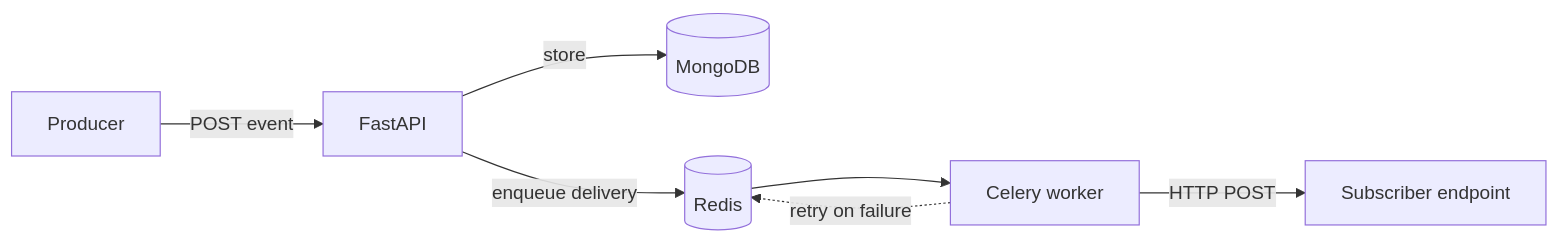
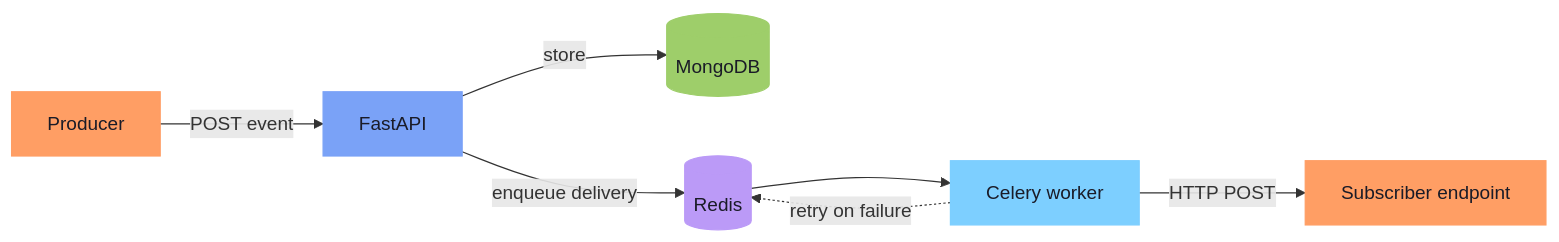
The diagram in README.md (PramodDixit2003/PramodDixit2003), drawn with Mermaid before and after one commit. The commit also changed other lines of this file, not shown here.

````diff
--- a/README.md
+++ b/README.md
@@ -26,9 +25,20 @@
 ```mermaid
 flowchart LR
     P[Producer] -->|POST event| A[FastAPI]
     A -->|store| M[(MongoDB)]
     A -->|enqueue delivery| R[(Redis)]
     R --> W[Celery worker]
     W -->|HTTP POST| S[Subscriber endpoint]
     W -. retry on failure .-> R
+
+    classDef ext fill:#ff9e64,stroke:#ff9e64,color:#1a1b27
+    classDef api fill:#7aa2f7,stroke:#7aa2f7,color:#1a1b27
+    classDef store fill:#9ece6a,stroke:#9ece6a,color:#1a1b27
+    classDef queue fill:#bb9af7,stroke:#bb9af7,color:#1a1b27
+    classDef worker fill:#7dcfff,stroke:#7dcfff,color:#1a1b27
+    class P,S ext
+    class A api
+    class M store
+    class R queue
+    class W worker
 ```
````
